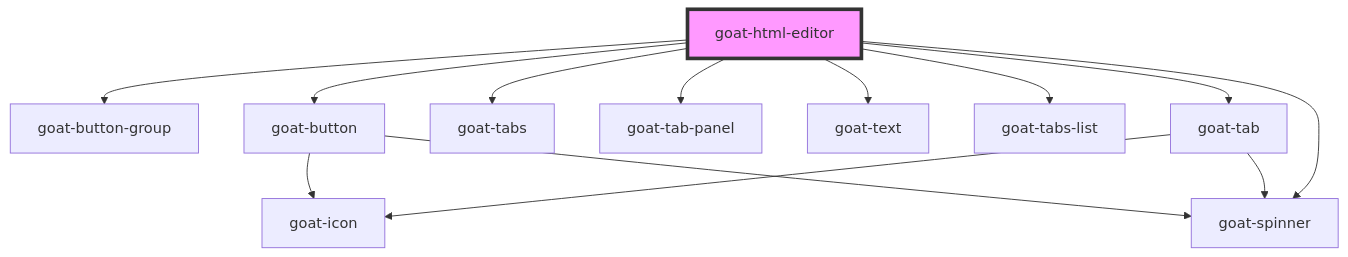
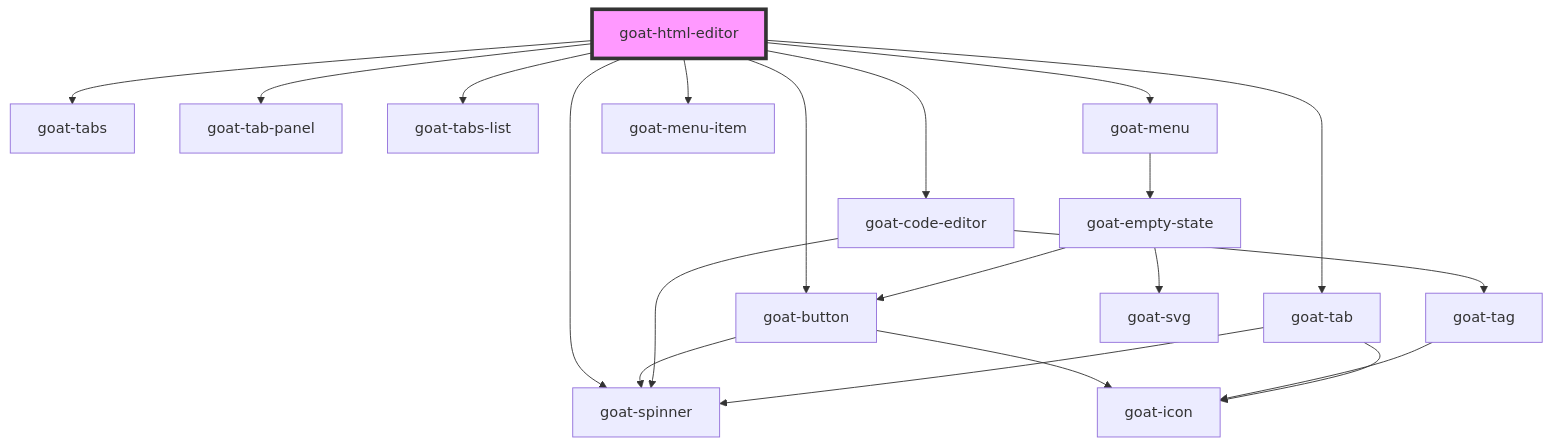
Before and after one commit to goatui/components: the diagram in src/components/data-entry/html-editor/readme.md, drawn with Mermaid. The commit also changed other lines of this file and 33 other files, not shown here.

First line of the commit message:
59 html editor (#67)

````diff
--- a/src/components/data-entry/html-editor/readme.md
+++ b/src/components/data-entry/html-editor/readme.md
@@ -78,16 +81,23 @@
 ```mermaid
 graph TD;
-  goat-html-editor --> goat-button-group
   goat-html-editor --> goat-button
   goat-html-editor --> goat-tabs
   goat-html-editor --> goat-tab-panel
-  goat-html-editor --> goat-text
+  goat-html-editor --> goat-spinner
+  goat-html-editor --> goat-code-editor
   goat-html-editor --> goat-tabs-list
   goat-html-editor --> goat-tab
-  goat-html-editor --> goat-spinner
+  goat-html-editor --> goat-menu
+  goat-html-editor --> goat-menu-item
   goat-button --> goat-icon
   goat-button --> goat-spinner
+  goat-code-editor --> goat-tag
+  goat-code-editor --> goat-spinner
+  goat-tag --> goat-icon
   goat-tab --> goat-icon
   goat-tab --> goat-spinner
+  goat-menu --> goat-empty-state
+  goat-empty-state --> goat-svg
+  goat-empty-state --> goat-button
   style goat-html-editor fill:#f9f,stroke:#333,stroke-width:4px
 ```
````
